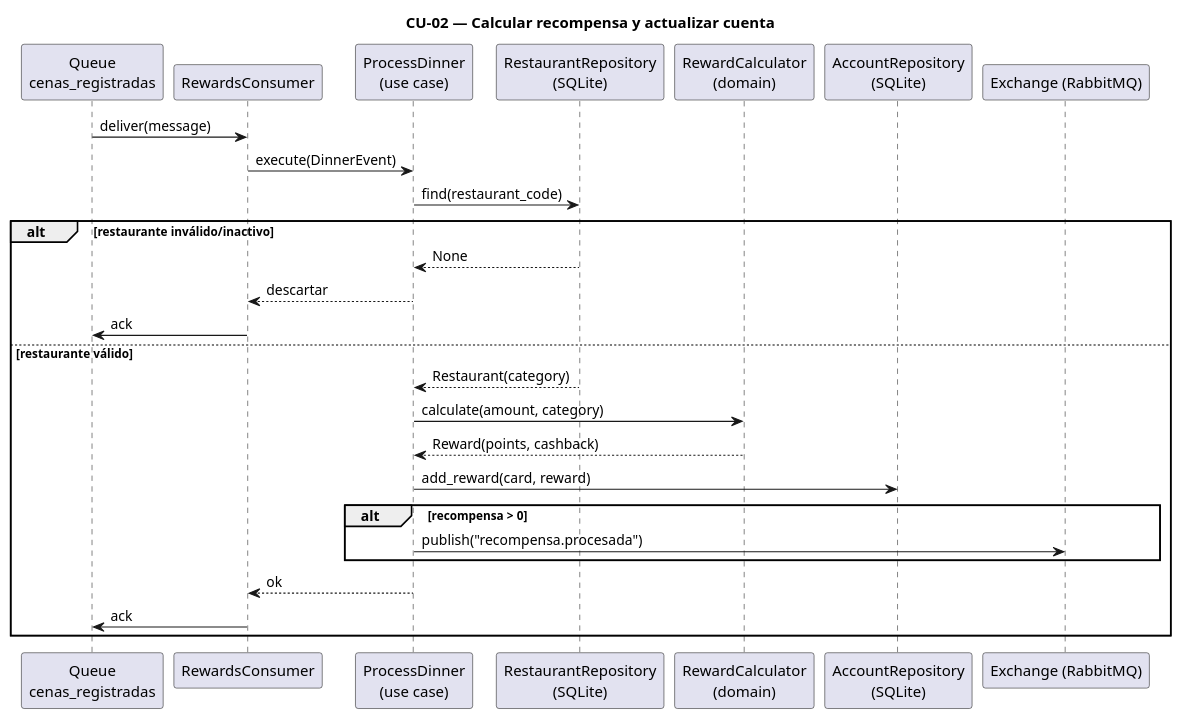
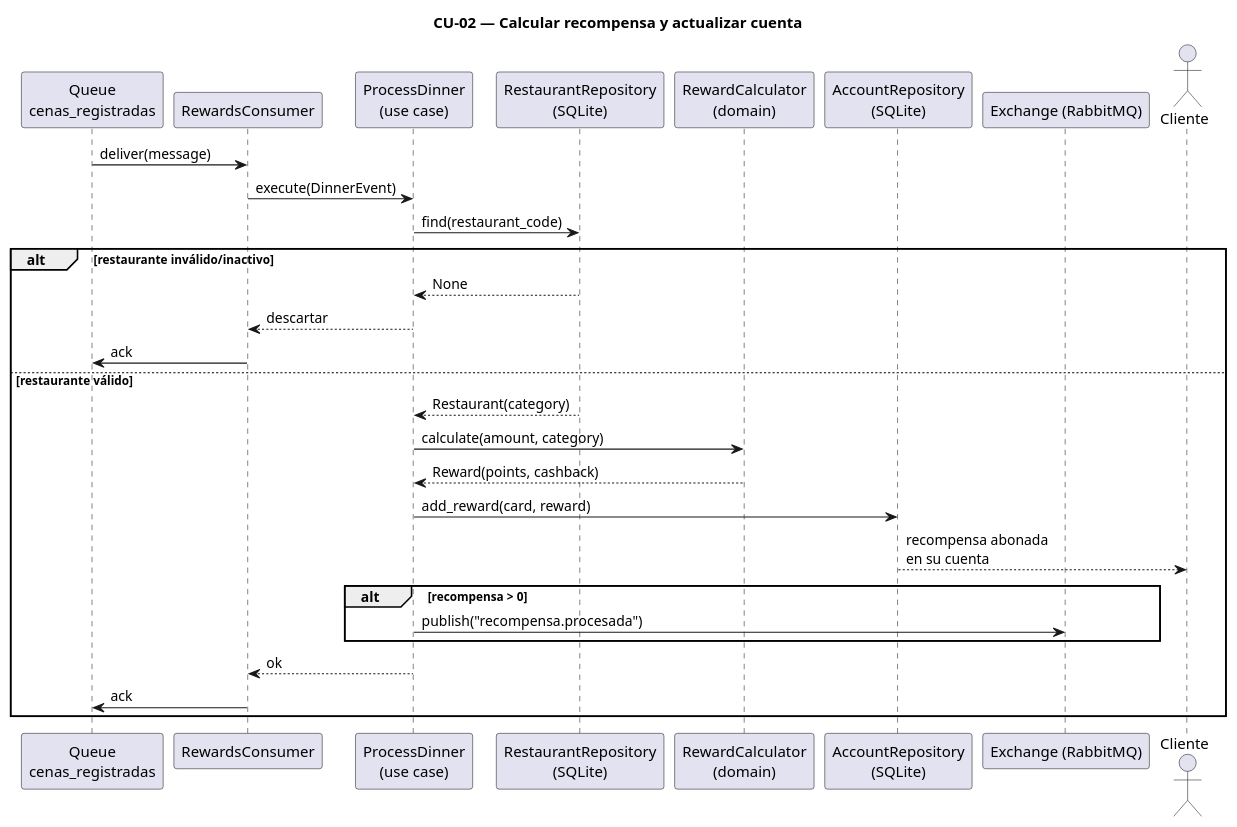
One commit to seo-onion/Lab8-Software changed the third of 4 diagrams in DESIGN.md. Above: the diagram before and after it, drawn with PlantUML. The commit also changed other lines of this file, not shown here.

````diff
--- a/DESIGN.md
+++ b/DESIGN.md
@@ -194,31 +194,33 @@
 ```plantuml
 @startuml
 title CU-02 — Calcular recompensa y actualizar cuenta
 participant "Queue\ncenas_registradas" as Q
 participant "RewardsConsumer" as Cons
 participant "ProcessDinner\n(use case)" as UC
 participant "RestaurantRepository\n(SQLite)" as RRepo
 participant "RewardCalculator\n(domain)" as Calc
 participant "AccountRepository\n(SQLite)" as ARepo
 participant "Exchange (RabbitMQ)" as Ex
+actor "Cliente" as Cli
 
 Q -> Cons : deliver(message)
 Cons -> UC : execute(DinnerEvent)
 UC -> RRepo : find(restaurant_code)
 alt restaurante inválido/inactivo
   RRepo --> UC : None
   UC --> Cons : descartar
   Cons -> Q : ack
 else restaurante válido
   RRepo --> UC : Restaurant(category)
   UC -> Calc : calculate(amount, category)
   Calc --> UC : Reward(points, cashback)
   UC -> ARepo : add_reward(card, reward)
+  ARepo --> Cli : recompensa abonada\nen su cuenta
   alt recompensa > 0
     UC -> Ex : publish("recompensa.procesada")
   end
   UC --> Cons : ok
   Cons -> Q : ack
 end
 @enduml
 ```
````
